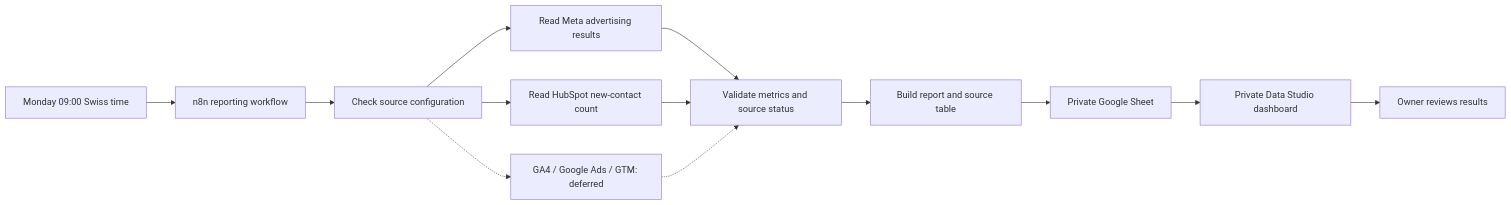
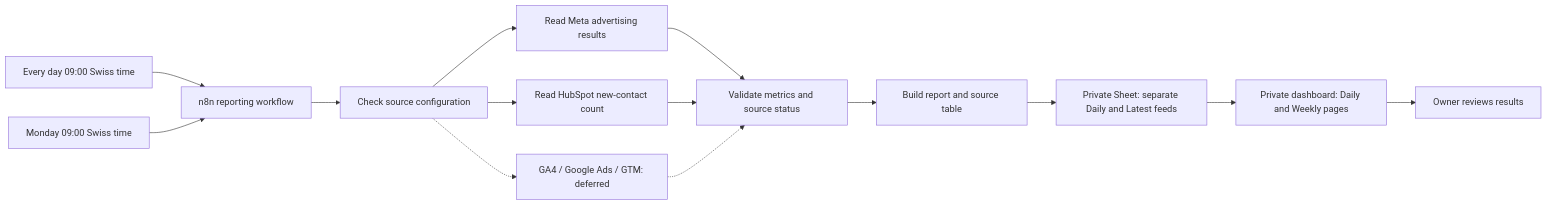
One commit to KSAGlory/Advertising-Reporting changed the diagram in README.md. Above: the diagram before and after it, drawn with Mermaid. The commit also changed other lines of this file and 7 other files, not shown here.

Commit message:
docs: document daily and weekly reporting and pending integrations

````diff
--- a/README.md
+++ b/README.md
@@ -29,15 +30,16 @@
 ```mermaid
 flowchart LR
-    Schedule[Monday 09:00 Swiss time] --> Workflow[n8n reporting workflow]
+    DailySchedule[Every day 09:00 Swiss time] --> Workflow[n8n reporting workflow]
+    WeeklySchedule[Monday 09:00 Swiss time] --> Workflow
     Workflow --> Checks[Check source configuration]
     Checks --> Meta[Read Meta advertising results]
     Checks --> HubSpot[Read HubSpot new-contact count]
     Checks -.-> Pending[GA4 / Google Ads / GTM: deferred]
     Meta --> Validate[Validate metrics and source status]
     HubSpot --> Validate
     Pending -.-> Validate
     Validate --> Report[Build report and source table]
-    Report --> Sheet[Private Google Sheet]
-    Sheet --> Dashboard[Private Data Studio dashboard]
+    Report --> Sheet[Private Sheet: separate Daily and Latest feeds]
+    Sheet --> Dashboard[Private dashboard: Daily and Weekly pages]
     Dashboard --> Owner[Owner reviews results]
 ```
````
